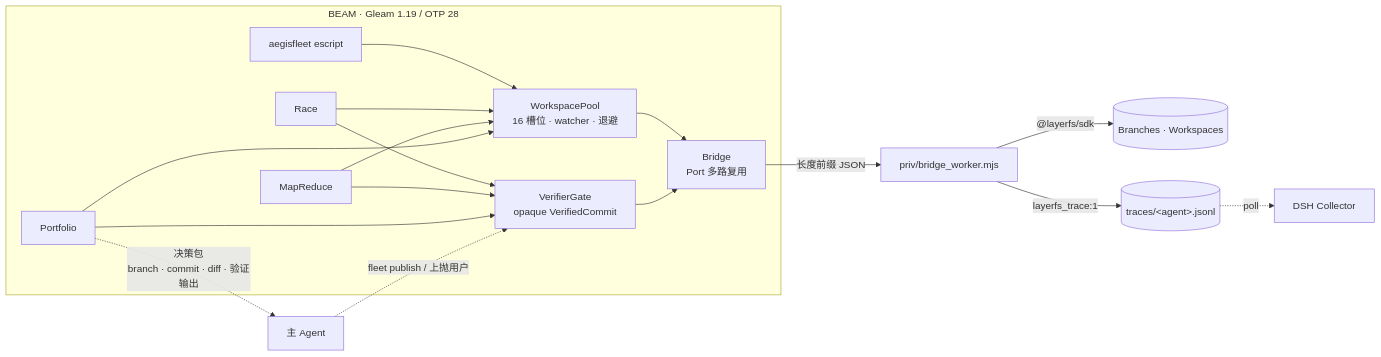
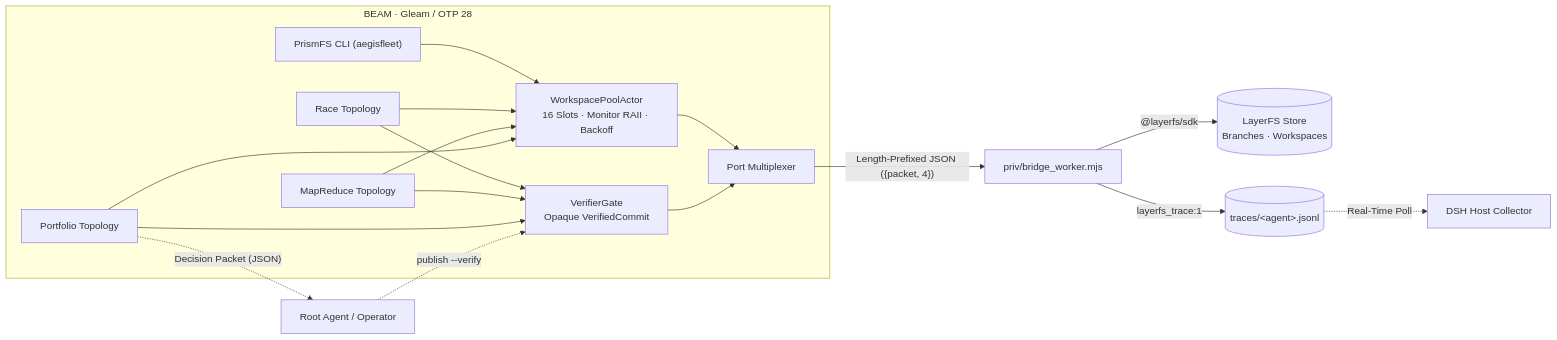
The diagram in README.md (hzy-hits/PrismFS), drawn with Mermaid before and after one commit. The commit also changed other lines of this file and 4 other files, not shown here.

````diff
--- a/README.md
+++ b/README.md
@@ -60,28 +27,28 @@
 ```mermaid
 flowchart LR
-    subgraph BEAM["BEAM · Gleam 1.19 / OTP 28"]
-        CLI["aegisfleet escript"]
-        Pool["WorkspacePool<br/>16 槽位 · watcher · 退避"]
-        Gate["VerifierGate<br/>opaque VerifiedCommit"]
-        Race["Race"]
-        MR["MapReduce"]
-        PF["Portfolio"]
-        Bridge["Bridge<br/>Port 多路复用"]
+    subgraph BEAM["BEAM · Gleam / OTP 28"]
+        CLI["PrismFS CLI (aegisfleet)"]
+        Pool["WorkspacePoolActor<br/>16 Slots · Monitor RAII · Backoff"]
+        Gate["VerifierGate<br/>Opaque VerifiedCommit"]
+        Race["Race Topology"]
+        MR["MapReduce Topology"]
+        PF["Portfolio Topology"]
+        Bridge["Port Multiplexer"]
     end
 
     CLI --> Pool
     Race --> Pool
     Race --> Gate
     MR --> Pool
     MR --> Gate
     PF --> Pool
     PF --> Gate
     Pool --> Bridge
     Gate --> Bridge
-    Bridge -- "长度前缀 JSON" --> Node["priv/bridge_worker.mjs"]
-    Node -- "@layerfs/sdk" --> Sim[("Branches · Workspaces")]
+    Bridge -- "Length-Prefixed JSON ({packet, 4})" --> Node["priv/bridge_worker.mjs"]
+    Node -- "@layerfs/sdk" --> Store[("LayerFS Store<br/>Branches · Workspaces")]
     Node -- "layerfs_trace:1" --> Trace[("traces/&lt;agent&gt;.jsonl")]
-    Trace -. "poll" .-> Collector["DSH Collector"]
-    PF -. "决策包<br/>branch · commit · diff · 验证输出" .-> Main["主 Agent"]
-    Main -. "fleet publish / 上抛用户" .-> Gate
+    Trace -. "Real-Time Poll" .-> Collector["DSH Host Collector"]
+    PF -. "Decision Packet (JSON)" .-> Main["Root Agent / Operator"]
+    Main -. "publish --verify" .-> Gate
 ```
````
